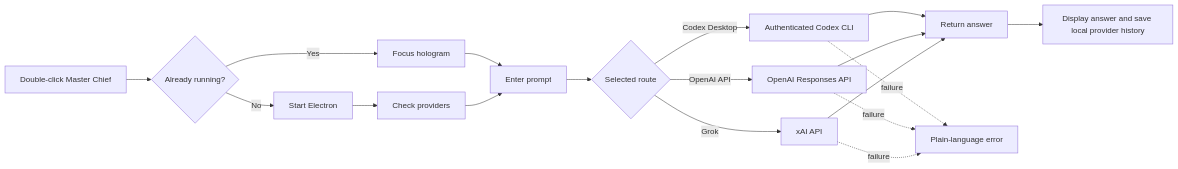
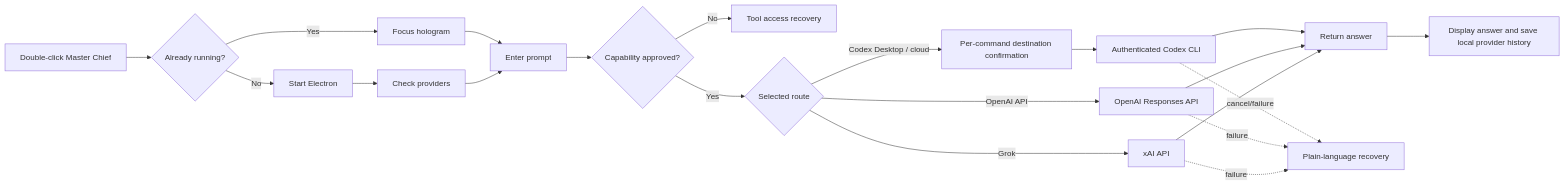
The first of 2 diagrams in docs/SYSTEM_FLOW.md (grummpy/master-chief-hologram-releases), drawn with Mermaid before and after one commit. The commit also changed other lines of this file and 18 other files, not shown here.

````diff
--- a/docs/SYSTEM_FLOW.md
+++ b/docs/SYSTEM_FLOW.md
@@ -9,20 +9,23 @@
 ```mermaid
 flowchart LR
   A[Double-click Master Chief] --> B{Already running?}
   B -- Yes --> C[Focus hologram]
   B -- No --> D[Start Electron]
   D --> E[Check providers]
   C --> F[Enter prompt]
   E --> F
-  F --> G{Selected route}
-  G -->|Codex Desktop| H[Authenticated Codex CLI]
+  F --> P{Capability approved?}
+  P -- No --> R[Tool access recovery]
+  P -- Yes --> G{Selected route}
+  G -->|Codex Desktop / cloud| Q[Per-command destination confirmation]
+  Q --> H[Authenticated Codex CLI]
   G -->|OpenAI API| I[OpenAI Responses API]
   G -->|Grok| J[xAI API]
   H --> K[Return answer]
   I --> K
   J --> K
   K --> L[Display answer and save local provider history]
-  H -. failure .-> M[Plain-language error]
+  H -. cancel/failure .-> M[Plain-language recovery]
   I -. failure .-> M
   J -. failure .-> M
 ```
````
